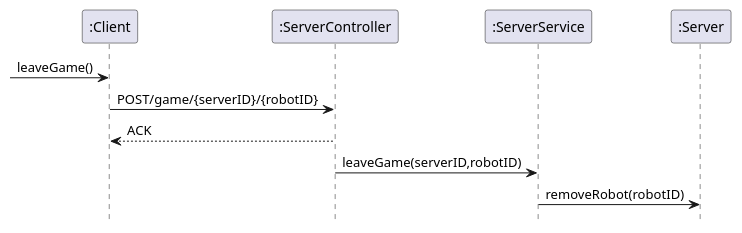
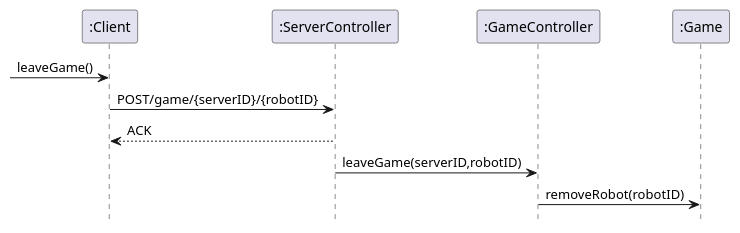
Before and after one commit to MikaelFangel/RoboRally: the diagram in diagrams/Server SSD's/Leave_Game.puml, drawn with PlantUML. The commit also changed 7 other files, not shown here.

```diff
--- a/diagrams/Server SSD's/Leave_Game.puml
+++ b/diagrams/Server SSD's/Leave_Game.puml
@@ -1,17 +1,17 @@
 @startuml
 'https://plantuml.com/sequence-diagram
 
 hide footbox
 
 Participant ":Client" as client
 Participant ":ServerController" as server
-Participant ":ServerService" as service
-participant ":Server" as game
+Participant ":GameController" as gameController
+participant ":Game" as game
 
 -> client : leaveGame()
 client -> server : POST/game/{serverID}/{robotID}
 client <-- server : ACK
-server -> service : leaveGame(serverID,robotID)
-service -> game : removeRobot(robotID)
+server -> gameController : leaveGame(serverID,robotID)
+gameController -> game : removeRobot(robotID)
 
 @enduml
```
